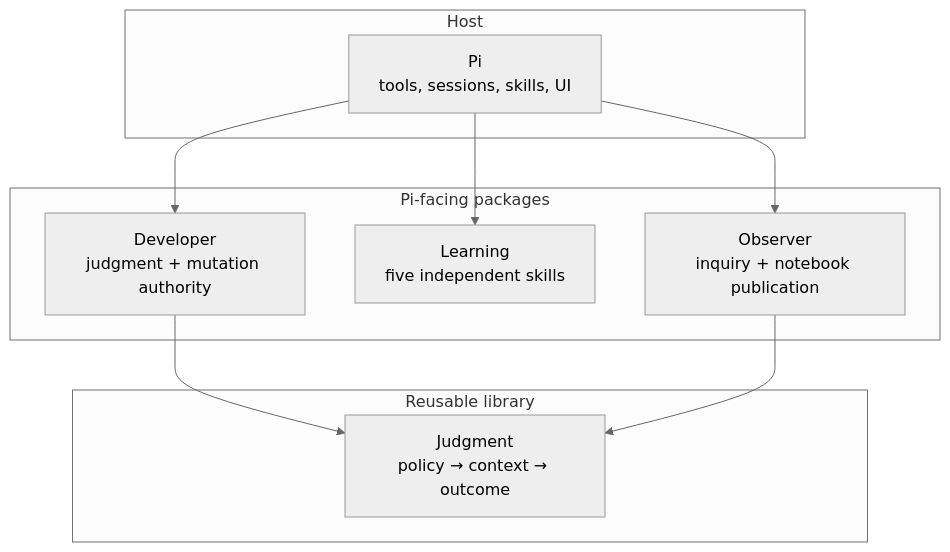
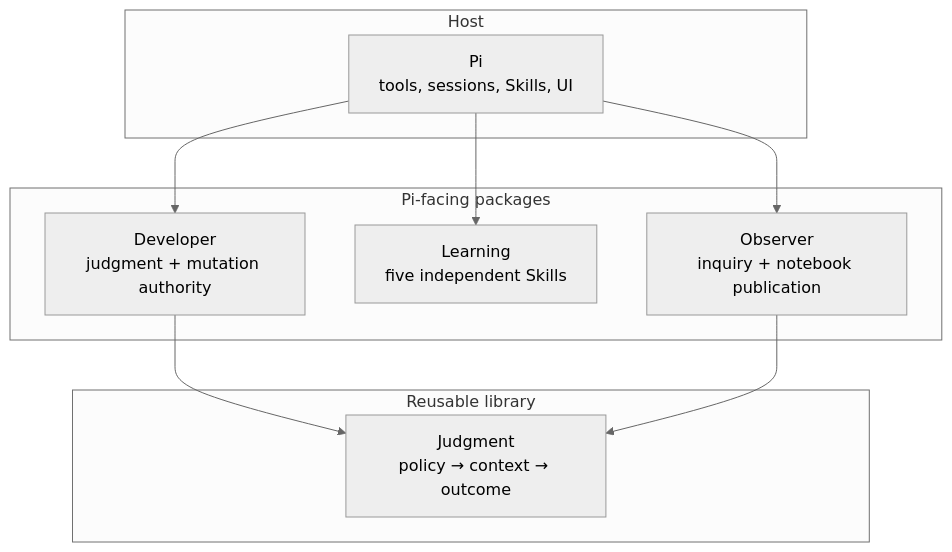
One commit to dev-hobin/agent changed the second of 2 diagrams in README.md. Above: the diagram before and after it, drawn with Mermaid (neutral theme). The commit also changed other lines of this file and 3 other files, not shown here.

````diff
--- a/README.md
+++ b/README.md
@@ -77,22 +97,22 @@
 ```mermaid
 flowchart TB
   subgraph Pi-facing packages
     D[Developer\njudgment + mutation authority]
-    L[Learning\nfive independent skills]
+    L[Learning\nfive independent Skills]
     O[Observer\ninquiry + notebook publication]
   end
 
   subgraph Reusable library
     J[Judgment\npolicy → context → outcome]
   end
 
   subgraph Host
-    P[Pi\ntools, sessions, skills, UI]
+    P[Pi\ntools, sessions, Skills, UI]
   end
 
   P --> D
   P --> L
   P --> O
   D --> J
   O --> J
 ```
````
